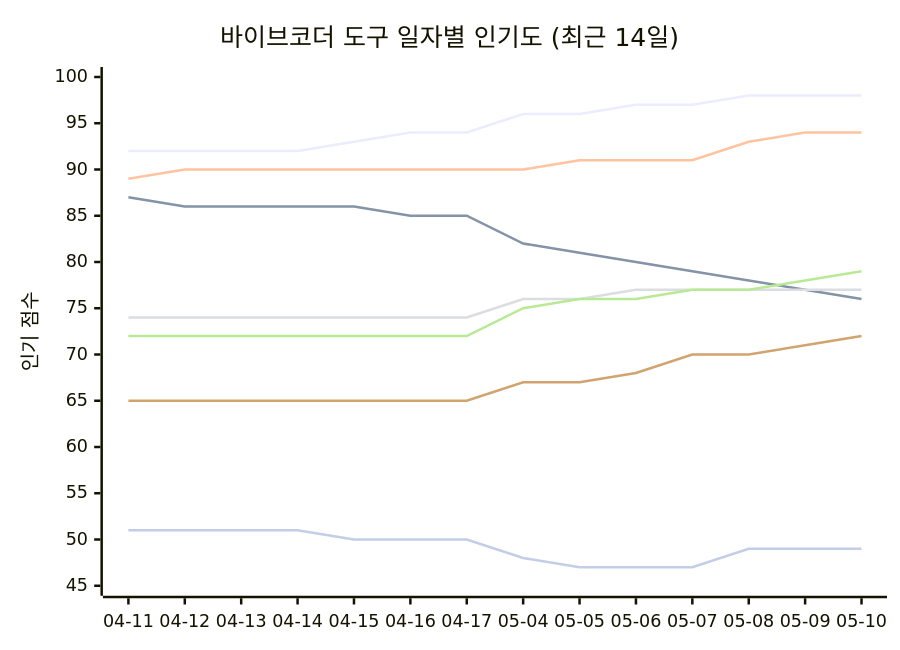
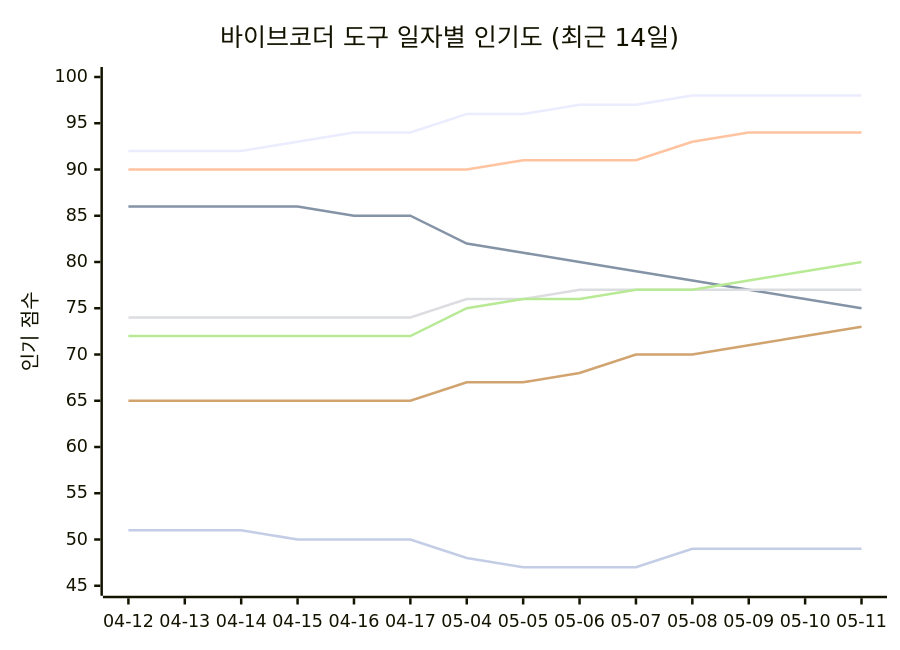
Before and after one commit to tykimos/ai-whatchelin: the seventh of 11 diagrams in README_ko.md, drawn with Mermaid. The commit also changed other lines of this file and 4 other files, not shown here.

````diff
--- a/README_ko.md
+++ b/README_ko.md
@@ -743,13 +756,13 @@
 ```mermaid
 xychart-beta
     title "바이브코더 도구 일자별 인기도 (최근 14일)"
-    x-axis ["04-11", "04-12", "04-13", "04-14", "04-15", "04-16", "04-17", "05-04", "05-05", "05-06", "05-07", "05-08", "05-09", "05-10"]
+    x-axis ["04-12", "04-13", "04-14", "04-15", "04-16", "04-17", "05-04", "05-05", "05-06", "05-07", "05-08", "05-09", "05-10", "05-11"]
     y-axis "인기 점수" 45 --> 100
-    line "Claude Code" [92, 92, 92, 92, 93, 94, 94, 96, 96, 97, 97, 98, 98, 98]
-    line "GH Copilot" [87, 86, 86, 86, 86, 85, 85, 82, 81, 80, 79, 78, 77, 76]
-    line "Cursor" [89, 90, 90, 90, 90, 90, 90, 90, 91, 91, 91, 93, 94, 94]
-    line "Windsurf" [74, 74, 74, 74, 74, 74, 74, 76, 76, 77, 77, 77, 77, 77]
-    line "Codex CLI" [72, 72, 72, 72, 72, 72, 72, 75, 76, 76, 77, 77, 78, 79]
-    line "Gemini CLI" [65, 65, 65, 65, 65, 65, 65, 67, 67, 68, 70, 70, 71, 72]
-    line "Antigravity" [51, 51, 51, 51, 50, 50, 50, 48, 47, 47, 47, 49, 49, 49]
+    line "Claude Code" [92, 92, 92, 93, 94, 94, 96, 96, 97, 97, 98, 98, 98, 98]
+    line "GH Copilot" [86, 86, 86, 86, 85, 85, 82, 81, 80, 79, 78, 77, 76, 75]
+    line "Cursor" [90, 90, 90, 90, 90, 90, 90, 91, 91, 91, 93, 94, 94, 94]
+    line "Windsurf" [74, 74, 74, 74, 74, 74, 76, 76, 77, 77, 77, 77, 77, 77]
+    line "Codex CLI" [72, 72, 72, 72, 72, 72, 75, 76, 76, 77, 77, 78, 79, 80]
+    line "Gemini CLI" [65, 65, 65, 65, 65, 65, 67, 67, 68, 70, 70, 71, 72, 73]
+    line "Antigravity" [51, 51, 51, 50, 50, 50, 48, 47, 47, 47, 49, 49, 49, 49]
 ```
````
